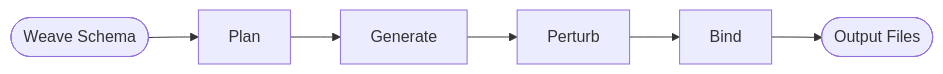
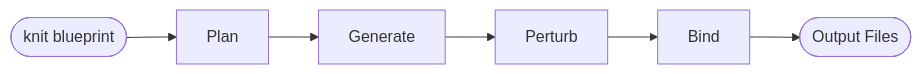
Before and after one commit to Yaming-Hub/knit: the first of 5 diagrams in design.md, drawn with Mermaid. The commit also changed other lines of this file and 99 other files, not shown here.

First line of the commit message:
refactor: rename 'schema' to 'blueprint' throughout codebase (#235)

````diff
--- a/design.md
+++ b/design.md
@@ -24,8 +24,8 @@
 ```mermaid
 flowchart LR
-    schema([Weave Schema]) --> plan[Plan]
+    schema([knit blueprint]) --> plan[Plan]
     plan --> gen[Generate]
     gen --> perturb[Perturb]
     perturb --> bind[Bind]
     bind --> output([Output Files])
 ```
````
